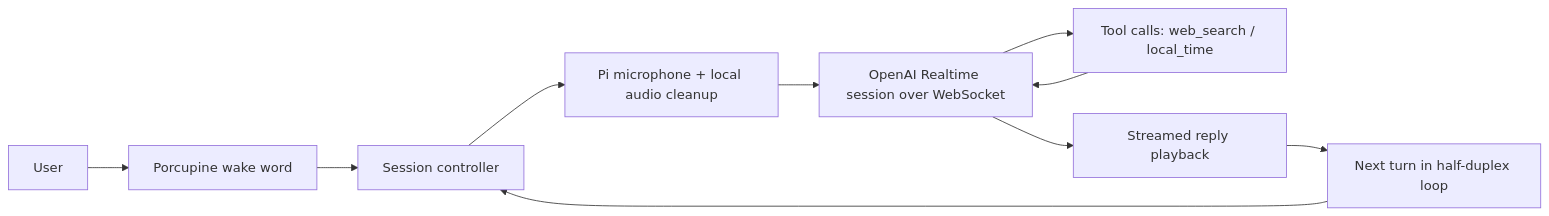
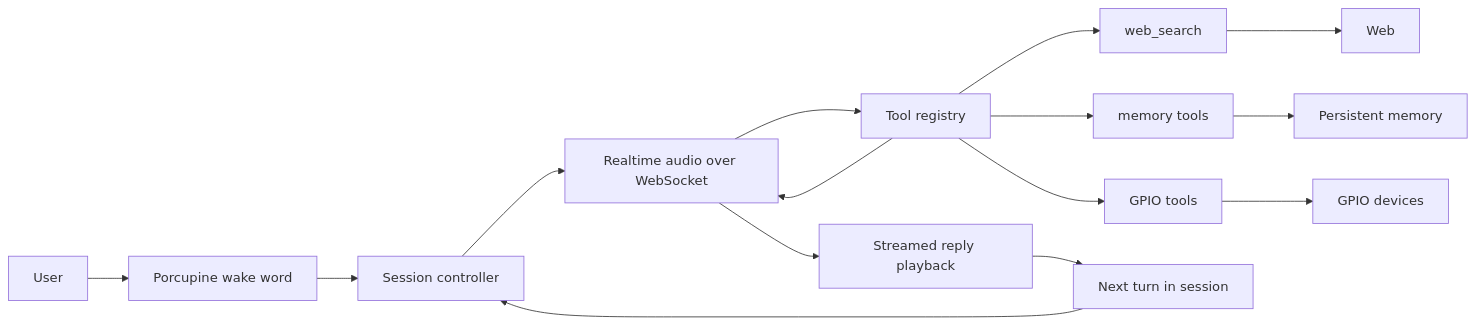
One commit to herrkaefer/snowman changed the second of 2 diagrams in README.md. Above: the diagram before and after it, drawn with Mermaid. The commit also changed 1 other file, not shown here.

````diff
--- a/README.md
+++ b/README.md
@@ -41,12 +41,17 @@
 ```mermaid
 flowchart LR
     user["User"] --> wake["Porcupine wake word"]
     wake --> session["Session controller"]
-    session --> mic["Pi microphone + local audio cleanup"]
-    mic --> rt["OpenAI Realtime session over WebSocket"]
-    rt --> tools["Tool calls: web_search / local_time"]
+    session --> rt["Realtime audio over WebSocket"]
+    rt --> tools["Tool registry"]
+    tools --> webTool["web_search"]
+    webTool --> web["Web"]
+    tools --> memoryTool["memory tools"]
+    memoryTool --> memory["Persistent memory"]
+    tools --> gpioTool["GPIO tools"]
+    gpioTool --> gpio["GPIO devices"]
     tools --> rt
     rt --> speaker["Streamed reply playback"]
-    speaker --> next["Next turn in half-duplex loop"]
+    speaker --> next["Next turn in session"]
     next --> session
 ```
````
